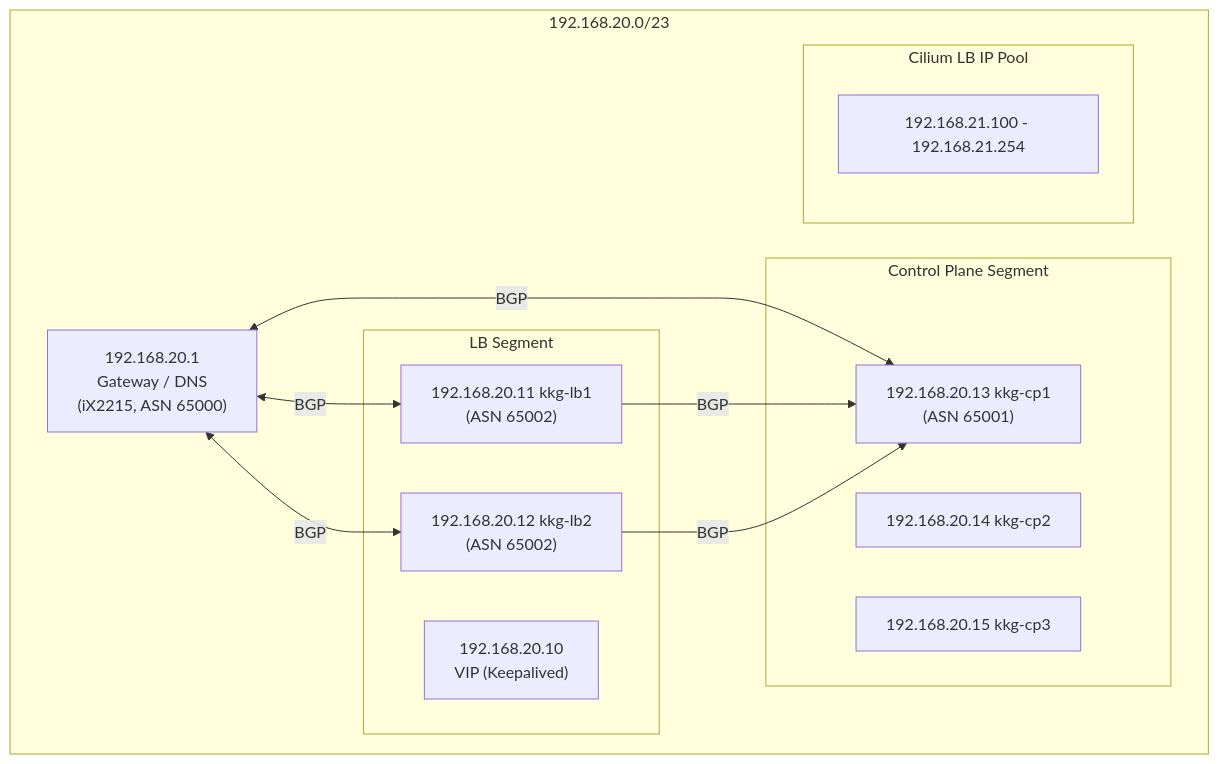
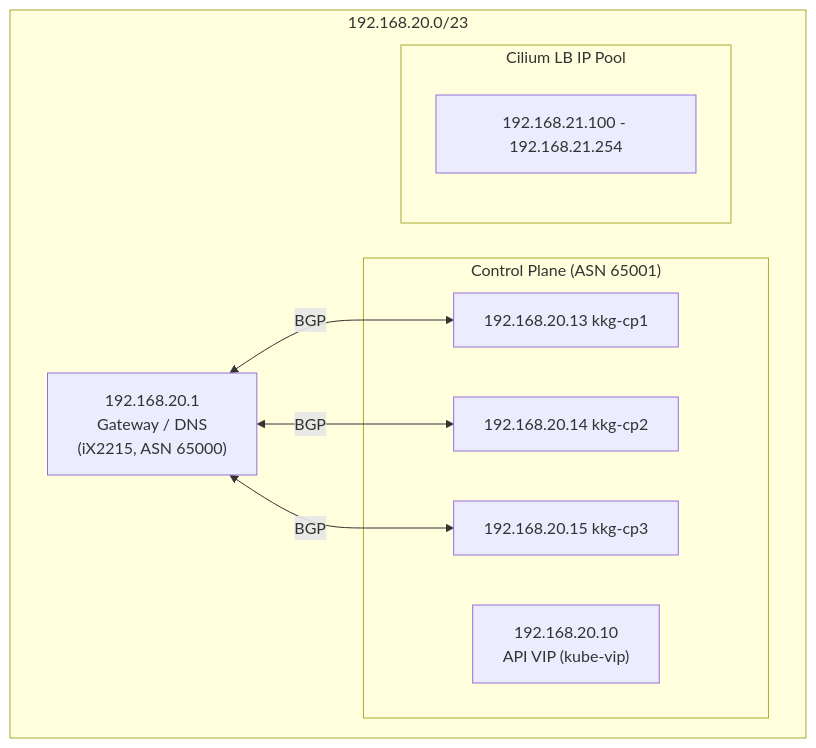
Before and after one commit to Soli0222/pke: the third of 3 diagrams in README.md, drawn with Mermaid. The commit also changed other lines of this file and 2 other files, not shown here.

````diff
--- a/README.md
+++ b/README.md
@@ -176,26 +177,19 @@
 ```mermaid
 graph TB
     subgraph "192.168.20.0/23"
         GW["192.168.20.1<br/>Gateway / DNS<br/>(iX2215, ASN 65000)"]
 
-        subgraph "LB Segment"
-            VIP["192.168.20.10<br/>VIP (Keepalived)"]
-            LB1["192.168.20.11 kkg-lb1<br/>(ASN 65002)"]
-            LB2["192.168.20.12 kkg-lb2<br/>(ASN 65002)"]
-        end
-
-        subgraph "Control Plane Segment"
-            CP1["192.168.20.13 kkg-cp1<br/>(ASN 65001)"]
+        subgraph "Control Plane (ASN 65001)"
+            VIP["192.168.20.10<br/>API VIP (kube-vip)"]
+            CP1["192.168.20.13 kkg-cp1"]
             CP2["192.168.20.14 kkg-cp2"]
             CP3["192.168.20.15 kkg-cp3"]
         end
 
         subgraph "Cilium LB IP Pool"
             LBPool["192.168.21.100 - 192.168.21.254"]
         end
     end
 
-    GW <-->|BGP| LB1 & LB2
-    GW <-->|BGP| CP1
-    LB1 & LB2 -->|BGP| CP1
+    GW <-->|BGP| CP1 & CP2 & CP3
 ```
````
